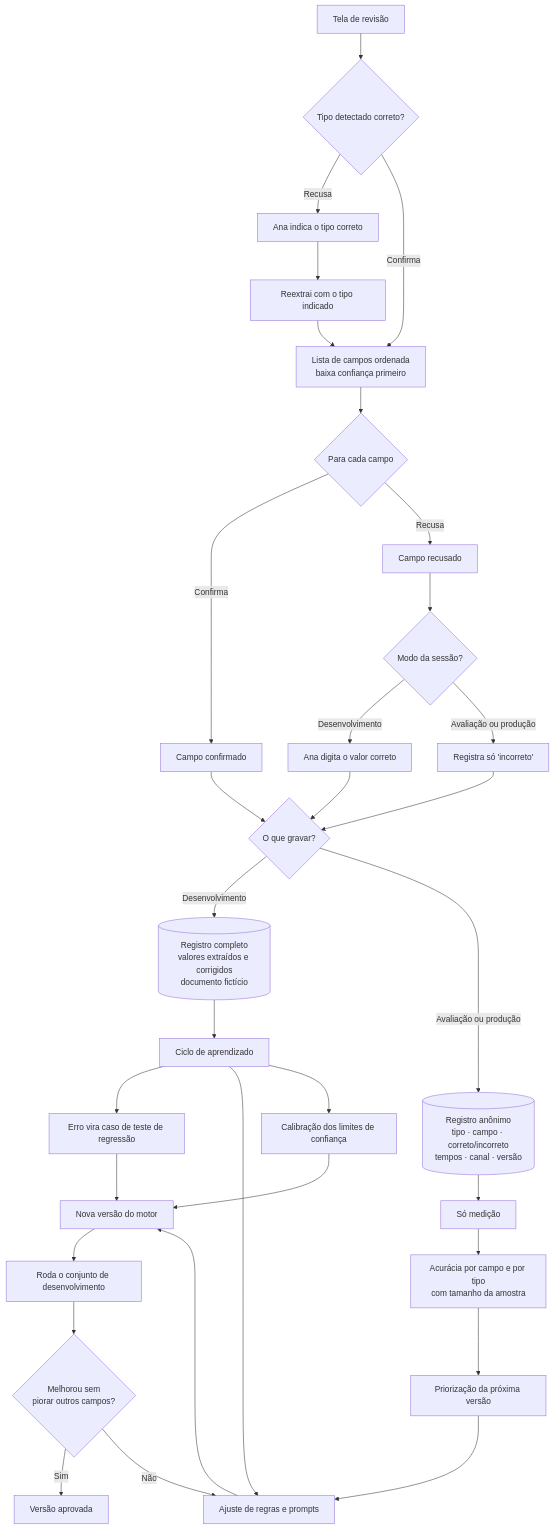
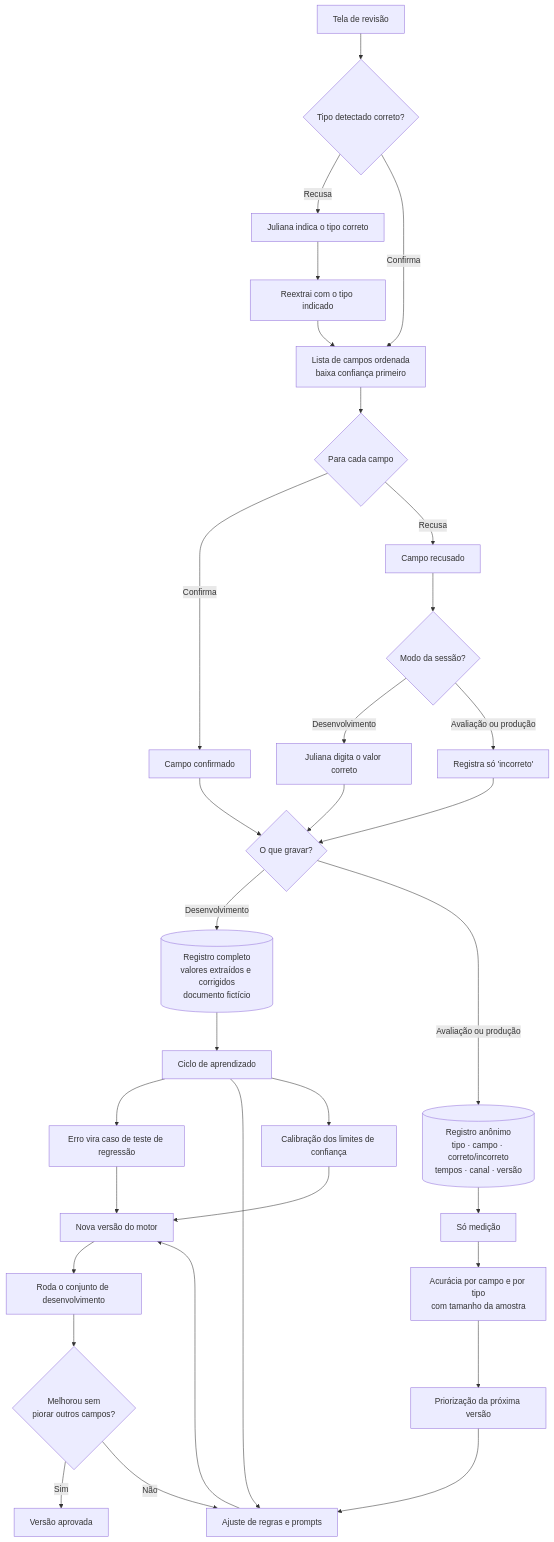
One commit to marcosvpantoja/extracao-dados-documentos changed the sixth of 8 diagrams in docs/arquitetura/fluxogramas.md. Above: the diagram before and after it, drawn with Mermaid. The commit also changed other lines of this file and 7 other files, not shown here.

````diff
--- a/docs/arquitetura/fluxogramas.md
+++ b/docs/arquitetura/fluxogramas.md
@@ -268,34 +273,34 @@
 ```mermaid
 flowchart TD
   T[Tela de revisão] --> TT{Tipo detectado correto?}
-  TT -->|Recusa| TC[Ana indica o tipo correto] --> REX[Reextrai com o tipo indicado] --> CAMPOS
+  TT -->|Recusa| TC[Juliana indica o tipo correto] --> REX[Reextrai com o tipo indicado] --> CAMPOS
   TT -->|Confirma| CAMPOS[Lista de campos ordenada<br/>baixa confiança primeiro]
   CAMPOS --> C1{Para cada campo}
   C1 -->|Confirma| OK[Campo confirmado]
   C1 -->|Recusa| NOK[Campo recusado]
   NOK --> MD{Modo da sessão?}
-  MD -->|Desenvolvimento| CORR[Ana digita o valor correto]
+  MD -->|Desenvolvimento| CORR[Juliana digita o valor correto]
   MD -->|Avaliação ou produção| SEMV[Registra só 'incorreto']
   OK --> REG
   CORR --> REG
   SEMV --> REG
 
   REG{O que gravar?}
   REG -->|Desenvolvimento| RD[(Registro completo<br/>valores extraídos e corrigidos<br/>documento fictício)]
   REG -->|Avaliação ou produção| RP[(Registro anônimo<br/>tipo · campo · correto/incorreto<br/>tempos · canal · versão)]
 
   RD --> APR[Ciclo de aprendizado]
   RP --> MED[Só medição]
 
   APR --> A1[Erro vira caso de teste de regressão]
   APR --> A2[Ajuste de regras e prompts]
   APR --> A3[Calibração dos limites de confiança]
   MED --> M1[Acurácia por campo e por tipo<br/>com tamanho da amostra]
   M1 --> PRI[Priorização da próxima versão]
   A1 & A2 & A3 --> NV[Nova versão do motor]
   NV --> RODA[Roda o conjunto de desenvolvimento]
   RODA --> CMP{Melhorou sem<br/>piorar outros campos?}
   CMP -->|Sim| PUB[Versão aprovada]
   CMP -->|Não| A2
   PRI --> A2
 ```
````
